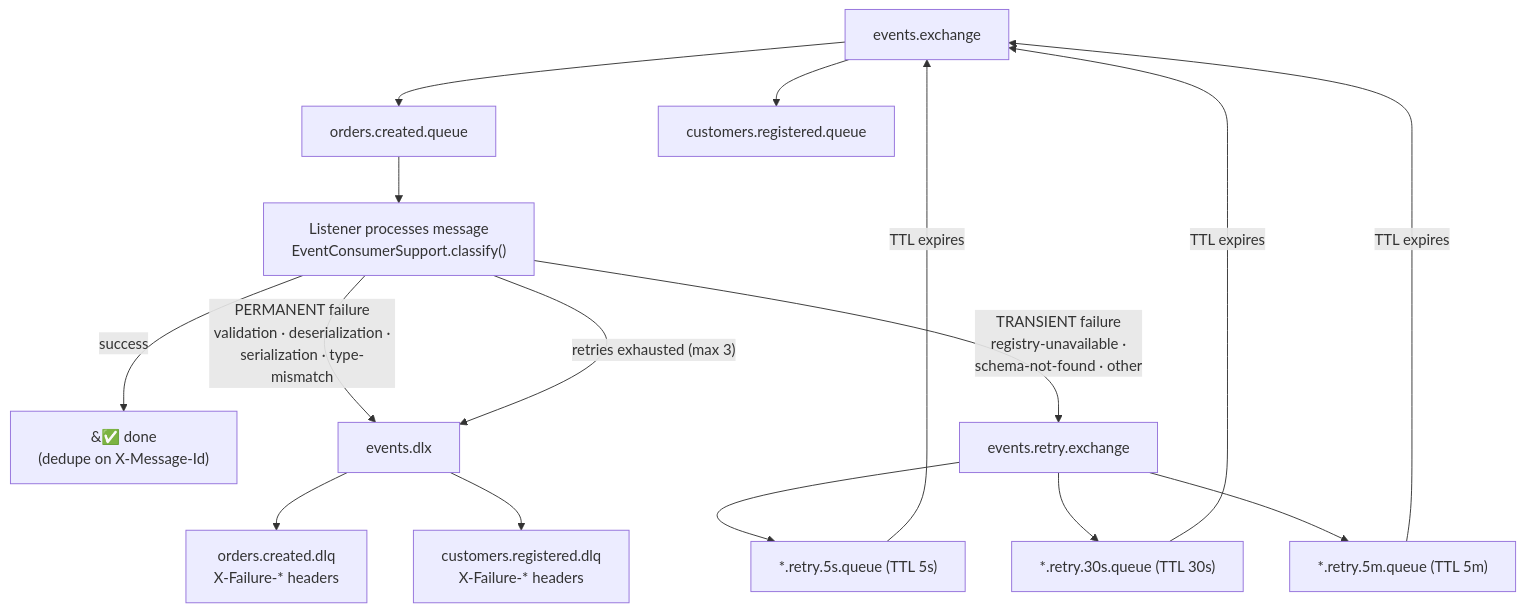
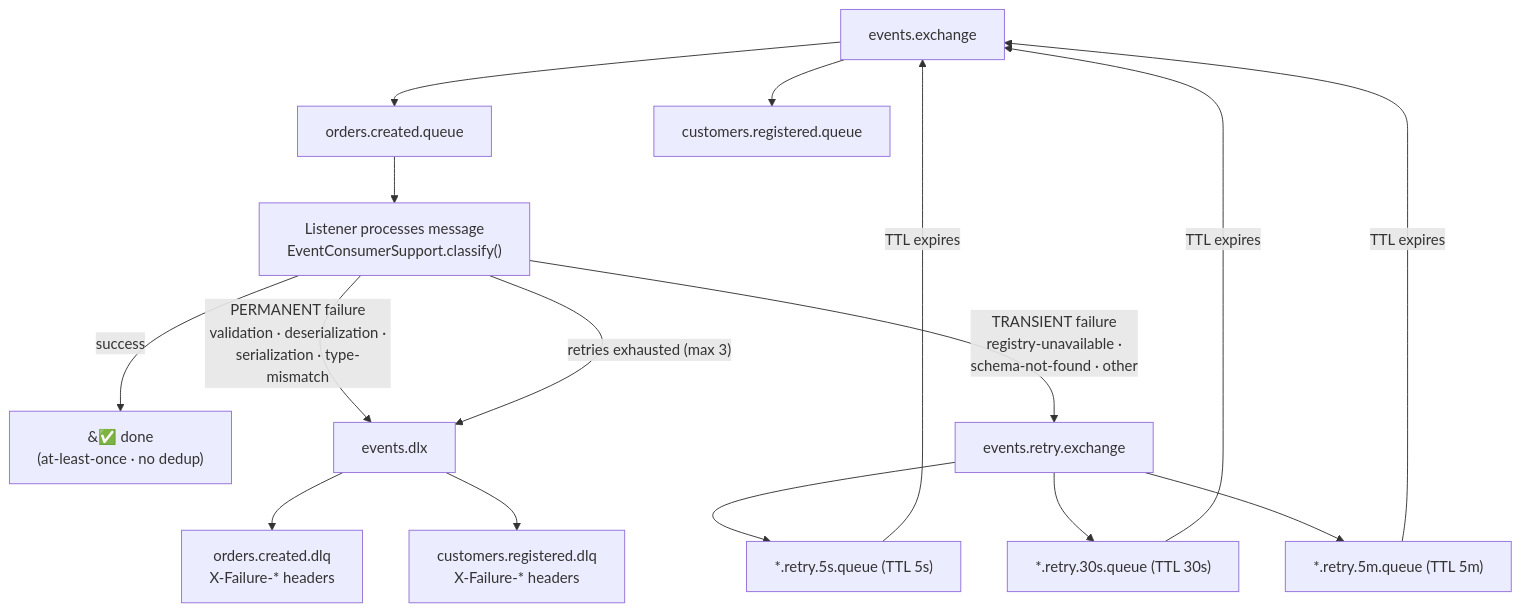
Before and after one commit to anarefin/schema-registry-demo: the diagram in docs/presentation/diagrams/d4-failure-topology.mmd, drawn with Mermaid. The commit also changed 29 other files, not shown here.

```diff
--- a/docs/presentation/diagrams/d4-failure-topology.mmd
+++ b/docs/presentation/diagrams/d4-failure-topology.mmd
@@ -1,19 +1,19 @@
 graph TD
     EX["events.exchange"] --> Q1["orders.created.queue"]
     EX --> Q2["customers.registered.queue"]
     Q1 --> L["Listener processes message<br/>EventConsumerSupport.classify()"]
 
-    L -->|success| Done["&#9989; done<br/>(dedupe on X-Message-Id)"]
+    L -->|success| Done["&#9989; done<br/>(at-least-once · no dedup)"]
     L -->|"PERMANENT failure<br/>validation · deserialization ·<br/>serialization · type-mismatch"| DLX["events.dlx"]
     L -->|"TRANSIENT failure<br/>registry-unavailable ·<br/>schema-not-found · other"| RetryEX["events.retry.exchange"]
 
     RetryEX --> R0["*.retry.5s.queue (TTL 5s)"]
     RetryEX --> R1["*.retry.30s.queue (TTL 30s)"]
     RetryEX --> R2["*.retry.5m.queue (TTL 5m)"]
     R0 -->|TTL expires| EX
     R1 -->|TTL expires| EX
     R2 -->|TTL expires| EX
 
     L -->|"retries exhausted (max 3)"| DLX
     DLX --> DLQ1["orders.created.dlq<br/>X-Failure-* headers"]
     DLX --> DLQ2["customers.registered.dlq<br/>X-Failure-* headers"]
```
